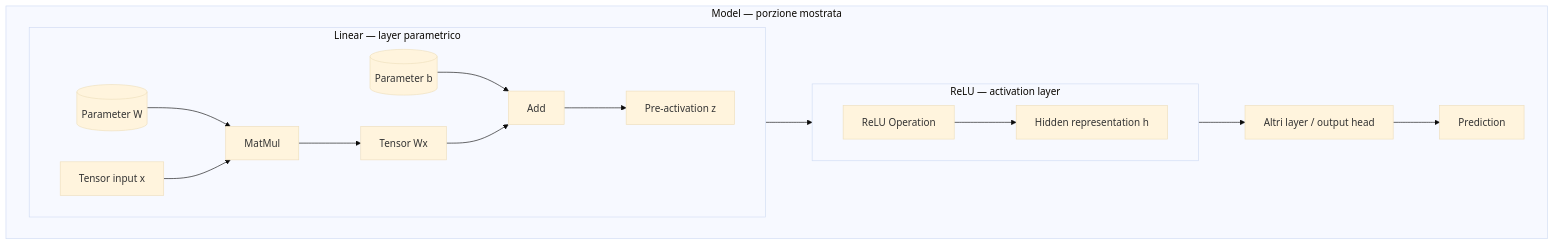
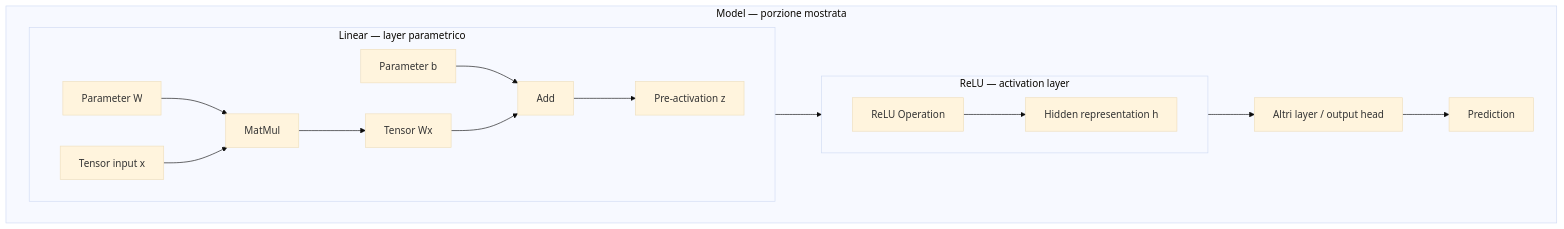
The first of 3 diagrams in chapters/02-from-tensor-to-computational-graph.md (andreatramacere/AI-Lab), drawn with Mermaid (base theme) before and after one commit. The commit also changed other lines of this file, not shown here.

````diff
--- a/chapters/02-from-tensor-to-computational-graph.md
+++ b/chapters/02-from-tensor-to-computational-graph.md
@@ -65,27 +65,27 @@
 ```mermaid
 flowchart LR
-    X[Tensor input x]
+    X["Tensor input x"]
 
-    subgraph M[Model — porzione mostrata]
+    subgraph M["Model — porzione mostrata"]
         direction LR
 
-        subgraph L[Linear — layer parametrico]
+        subgraph L["Linear — layer parametrico"]
             direction LR
-            W[(Parameter W)] --> MM[MatMul]
+            W["Parameter W"] --> MM["MatMul"]
             X --> MM
-            MM --> Z1[Tensor Wx]
-            B[(Parameter b)] --> ADD[Add]
+            MM --> Z1["Tensor Wx"]
+            B["Parameter b"] --> ADD["Add"]
             Z1 --> ADD
-            ADD --> Z[Pre-activation z]
+            ADD --> Z["Pre-activation z"]
         end
 
-        subgraph R[ReLU — activation layer]
+        subgraph R["ReLU — activation layer"]
             direction LR
-            Z --> ROP[ReLU Operation]
-            ROP --> H[Hidden representation h]
+            Z --> ROP["ReLU Operation"]
+            ROP --> H["Hidden representation h"]
         end
 
-        H --> REST[Altri layer / output head]
-        REST --> Y[Prediction]
+        H --> REST["Altri layer / output head"]
+        REST --> Y["Prediction"]
     end
 ```
````
